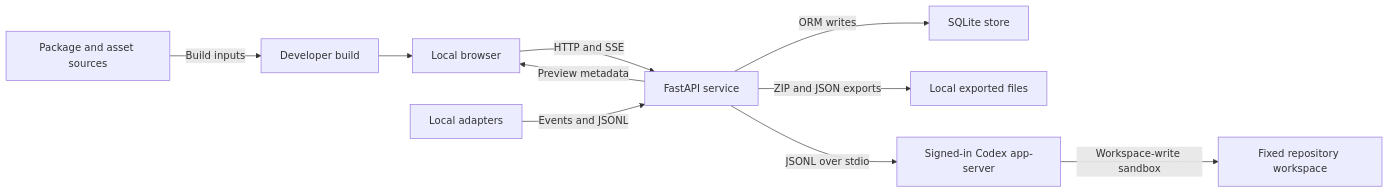
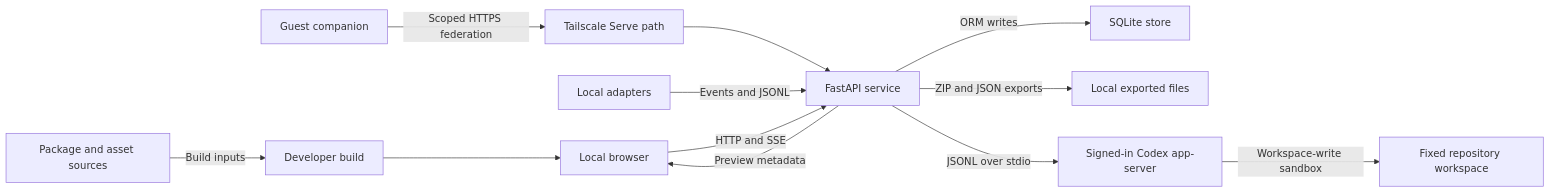
One commit to Paureel/evolastra changed the diagram in docs/security/threat-model.md. Above: the diagram before and after it, drawn with Mermaid. The commit also changed other lines of this file and 41 other files, not shown here.

````diff
--- a/docs/security/threat-model.md
+++ b/docs/security/threat-model.md
@@ -60,15 +65,17 @@
 ```mermaid
 flowchart LR
     accTitle: Evolastra Trust Boundaries
     accDescr: Local browsers and adapters communicate with the loopback companion, which writes local storage and dispatches bounded missions to signed-in Codex over stdio, while external package sources are confined to the developer build path.
 
     browser["Local browser"] -->|HTTP and SSE| companion["FastAPI service"]
     adapters["Local adapters"] -->|Events and JSONL| companion
     companion -->|ORM writes| database["SQLite store"]
     companion -->|Preview metadata| browser
     companion -->|ZIP and JSON exports| exports["Local exported files"]
     companion -->|JSONL over stdio| codex["Signed-in Codex app-server"]
     codex -->|Workspace-write sandbox| workspace["Fixed repository workspace"]
+    guest["Guest companion"] -->|Scoped HTTPS federation| tailnet["Tailscale Serve path"]
+    tailnet --> companion
     sources["Package and asset sources"] -->|Build inputs| build["Developer build"]
     build --> browser
 ```
````
